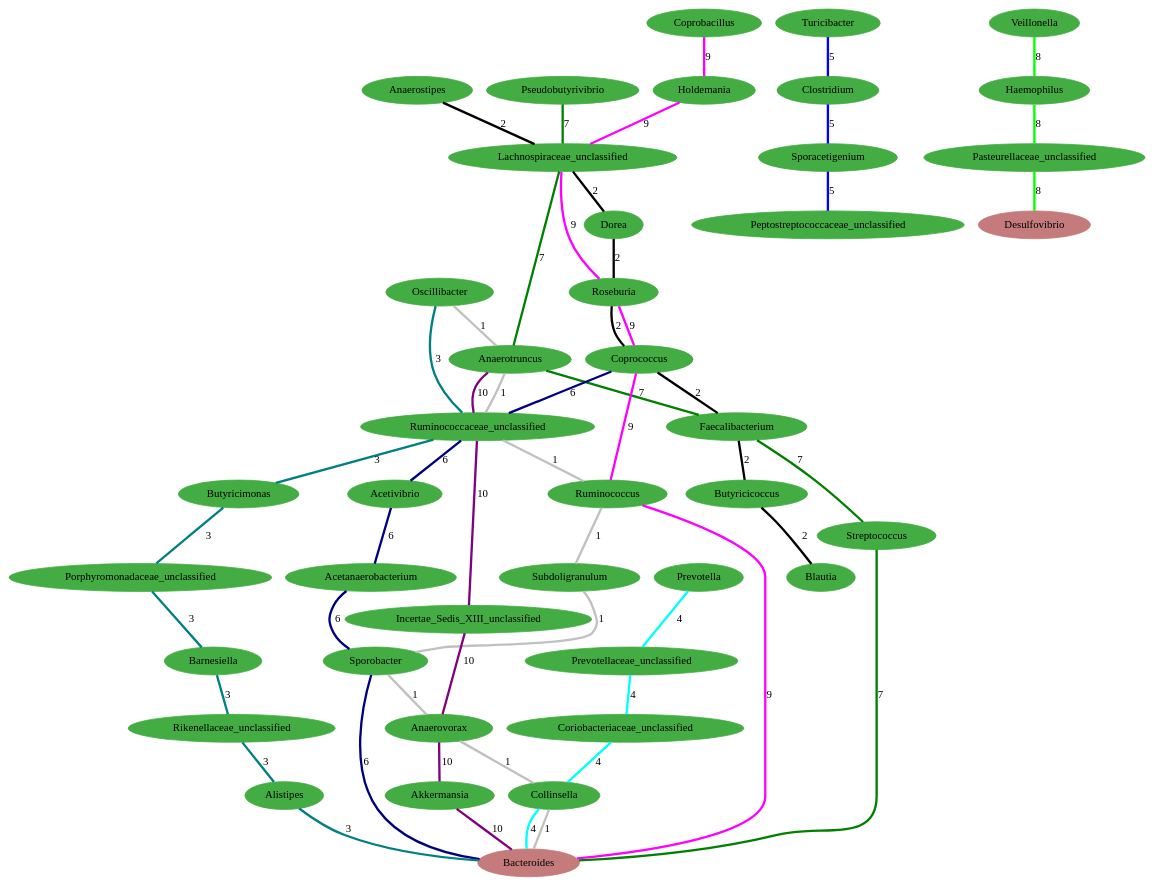
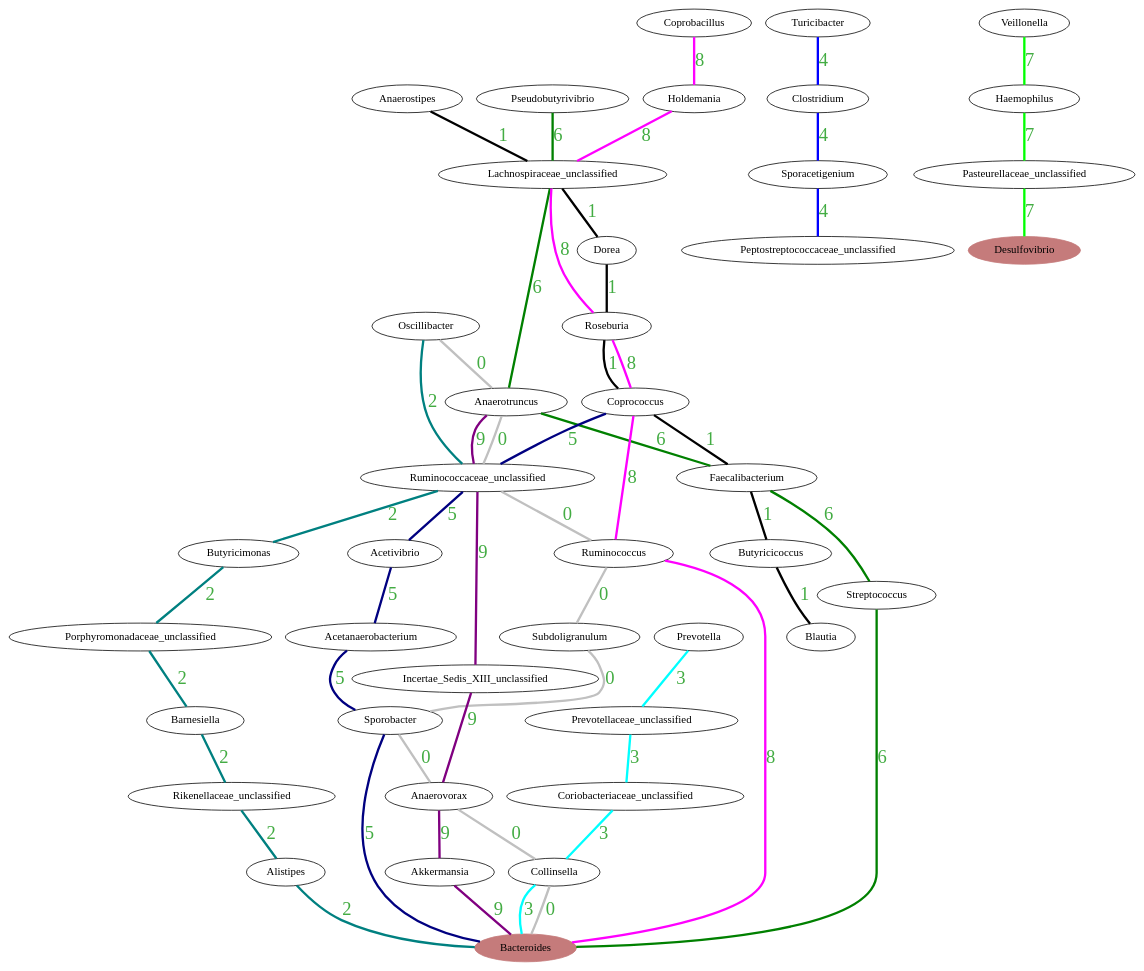
One commit to AndersHqst/thesis changed the diagram in experiments/1/summary.dot. Above: the diagram before and after it, drawn with Graphviz. The commit also changed 9 other files, not shown here.

```diff
--- a/experiments/1/summary.dot
+++ b/experiments/1/summary.dot
@@ -1,95 +1,105 @@
 graph G { 
 
-//Pattern: 0
-Oscillibacter [color="#43AC43", style=filled]
-Anaerotruncus [color="#43AC43", style=filled]
-Ruminococcaceae_unclassified [color="#43AC43", style=filled]
-Ruminococcus [color="#43AC43", style=filled]
-Subdoligranulum [color="#43AC43", style=filled]
-Sporobacter [color="#43AC43", style=filled]
-Anaerovorax [color="#43AC43", style=filled]
-Collinsella [color="#43AC43", style=filled]
-Bacteroides [color="#C57B7B", style=filled]
-edge [color="#c0c0c0", penwidth=3, label="1"]
-Oscillibacter -- Anaerotruncus -- Ruminococcaceae_unclassified -- Ruminococcus -- Subdoligranulum -- Sporobacter -- Anaerovorax -- Collinsella -- Bacteroides
-//Pattern: 1
-Anaerostipes [color="#43AC43", style=filled]
-Lachnospiraceae_unclassified [color="#43AC43", style=filled]
-Dorea [color="#43AC43", style=filled]
-Roseburia [color="#43AC43", style=filled]
-Coprococcus [color="#43AC43", style=filled]
-Faecalibacterium [color="#43AC43", style=filled]
-Butyricicoccus [color="#43AC43", style=filled]
-Blautia [color="#43AC43", style=filled]
-edge [color="#000000", penwidth=3, label="2"]
-Anaerostipes -- Lachnospiraceae_unclassified -- Dorea -- Roseburia -- Coprococcus -- Faecalibacterium -- Butyricicoccus -- Blautia
-//Pattern: 2
-Oscillibacter [color="#43AC43", style=filled]
-Ruminococcaceae_unclassified [color="#43AC43", style=filled]
-Butyricimonas [color="#43AC43", style=filled]
-Porphyromonadaceae_unclassified [color="#43AC43", style=filled]
-Barnesiella [color="#43AC43", style=filled]
-Rikenellaceae_unclassified [color="#43AC43", style=filled]
-Alistipes [color="#43AC43", style=filled]
-Bacteroides [color="#C57B7B", style=filled]
-edge [color="#008080", penwidth=3, label="3"]
-Oscillibacter -- Ruminococcaceae_unclassified -- Butyricimonas -- Porphyromonadaceae_unclassified -- Barnesiella -- Rikenellaceae_unclassified -- Alistipes -- Bacteroides
-//Pattern: 3
-Prevotella [color="#43AC43", style=filled]
-Prevotellaceae_unclassified [color="#43AC43", style=filled]
-Coriobacteriaceae_unclassified [color="#43AC43", style=filled]
-Collinsella [color="#43AC43", style=filled]
-Bacteroides [color="#C57B7B", style=filled]
-edge [color="#00ffff", penwidth=3, label="4"]
-Prevotella -- Prevotellaceae_unclassified -- Coriobacteriaceae_unclassified -- Collinsella -- Bacteroides
-//Pattern: 4
-Turicibacter [color="#43AC43", style=filled]
-Clostridium [color="#43AC43", style=filled]
-Sporacetigenium [color="#43AC43", style=filled]
-Peptostreptococcaceae_unclassified [color="#43AC43", style=filled]
-edge [color="#0000ff", penwidth=3, label="5"]
-Turicibacter -- Clostridium -- Sporacetigenium -- Peptostreptococcaceae_unclassified
-//Pattern: 5
-Coprococcus [color="#43AC43", style=filled]
-Ruminococcaceae_unclassified [color="#43AC43", style=filled]
-Acetivibrio [color="#43AC43", style=filled]
-Acetanaerobacterium [color="#43AC43", style=filled]
-Sporobacter [color="#43AC43", style=filled]
-Bacteroides [color="#C57B7B", style=filled]
-edge [color="#000080", penwidth=3, label="6"]
-Coprococcus -- Ruminococcaceae_unclassified -- Acetivibrio -- Acetanaerobacterium -- Sporobacter -- Bacteroides
-//Pattern: 6
-Pseudobutyrivibrio [color="#43AC43", style=filled]
-Lachnospiraceae_unclassified [color="#43AC43", style=filled]
-Anaerotruncus [color="#43AC43", style=filled]
-Faecalibacterium [color="#43AC43", style=filled]
-Streptococcus [color="#43AC43", style=filled]
-Bacteroides [color="#C57B7B", style=filled]
-edge [color="#008000", penwidth=3, label="7"]
-Pseudobutyrivibrio -- Lachnospiraceae_unclassified -- Anaerotruncus -- Faecalibacterium -- Streptococcus -- Bacteroides
-//Pattern: 7
-Veillonella [color="#43AC43", style=filled]
-Haemophilus [color="#43AC43", style=filled]
-Pasteurellaceae_unclassified [color="#43AC43", style=filled]
-Desulfovibrio [color="#C57B7B", style=filled]
-edge [color="#00ff00", penwidth=3, label="8"]
-Veillonella -- Haemophilus -- Pasteurellaceae_unclassified -- Desulfovibrio
-//Pattern: 8
-Coprobacillus [color="#43AC43", style=filled]
-Holdemania [color="#43AC43", style=filled]
-Lachnospiraceae_unclassified [color="#43AC43", style=filled]
-Roseburia [color="#43AC43", style=filled]
-Coprococcus [color="#43AC43", style=filled]
-Ruminococcus [color="#43AC43", style=filled]
-Bacteroides [color="#C57B7B", style=filled]
-edge [color="#ff00ff", penwidth=3, label="9"]
-Coprobacillus -- Holdemania -- Lachnospiraceae_unclassified -- Roseburia -- Coprococcus -- Ruminococcus -- Bacteroides
-//Pattern: 9
-Anaerotruncus [color="#43AC43", style=filled]
-Ruminococcaceae_unclassified [color="#43AC43", style=filled]
-Incertae_Sedis_XIII_unclassified [color="#43AC43", style=filled]
-Anaerovorax [color="#43AC43", style=filled]
-Akkermansia [color="#43AC43", style=filled]
-Bacteroides [color="#C57B7B", style=filled]
-edge [color="#800080", penwidth=3, label="10"]
-Anaerotruncus -- Ruminococcaceae_unclassified -- Incertae_Sedis_XIII_unclassified -- Anaerovorax -- Akkermansia -- Bacteroides}
+
+	//Pattern: 0
+	Oscillibacter
+	Anaerotruncus
+	Ruminococcaceae_unclassified
+	Ruminococcus
+	Subdoligranulum
+	Sporobacter
+	Anaerovorax
+	Collinsella
+	Bacteroides [color="#C57B7B", style=filled]
+	edge [color="#c0c0c0", penwidth=3, label="0", fontcolor="#43AC43", fontname="Helvetica bold", fontsize=24]
+	Oscillibacter -- Anaerotruncus -- Ruminococcaceae_unclassified -- Ruminococcus -- Subdoligranulum -- Sporobacter -- Anaerovorax -- Collinsella -- Bacteroides
+
+	//Pattern: 1
+	Anaerostipes
+	Lachnospiraceae_unclassified
+	Dorea
+	Roseburia
+	Coprococcus
+	Faecalibacterium
+	Butyricicoccus
+	Blautia
+	edge [color="#000000", penwidth=3, label="1", fontcolor="#43AC43", fontname="Helvetica bold", fontsize=24]
+	Anaerostipes -- Lachnospiraceae_unclassified -- Dorea -- Roseburia -- Coprococcus -- Faecalibacterium -- Butyricicoccus -- Blautia
+
+	//Pattern: 2
+	Oscillibacter
+	Ruminococcaceae_unclassified
+	Butyricimonas
+	Porphyromonadaceae_unclassified
+	Barnesiella
+	Rikenellaceae_unclassified
+	Alistipes
+	Bacteroides [color="#C57B7B", style=filled]
+	edge [color="#008080", penwidth=3, label="2", fontcolor="#43AC43", fontname="Helvetica bold", fontsize=24]
+	Oscillibacter -- Ruminococcaceae_unclassified -- Butyricimonas -- Porphyromonadaceae_unclassified -- Barnesiella -- Rikenellaceae_unclassified -- Alistipes -- Bacteroides
+
+	//Pattern: 3
+	Prevotella
+	Prevotellaceae_unclassified
+	Coriobacteriaceae_unclassified
+	Collinsella
+	Bacteroides [color="#C57B7B", style=filled]
+	edge [color="#00ffff", penwidth=3, label="3", fontcolor="#43AC43", fontname="Helvetica bold", fontsize=24]
+	Prevotella -- Prevotellaceae_unclassified -- Coriobacteriaceae_unclassified -- Collinsella -- Bacteroides
+
+	//Pattern: 4
+	Turicibacter
+	Clostridium
+	Sporacetigenium
+	Peptostreptococcaceae_unclassified
+	edge [color="#0000ff", penwidth=3, label="4", fontcolor="#43AC43", fontname="Helvetica bold", fontsize=24]
+	Turicibacter -- Clostridium -- Sporacetigenium -- Peptostreptococcaceae_unclassified
+
+	//Pattern: 5
+	Coprococcus
+	Ruminococcaceae_unclassified
+	Acetivibrio
+	Acetanaerobacterium
+	Sporobacter
+	Bacteroides [color="#C57B7B", style=filled]
+	edge [color="#000080", penwidth=3, label="5", fontcolor="#43AC43", fontname="Helvetica bold", fontsize=24]
+	Coprococcus -- Ruminococcaceae_unclassified -- Acetivibrio -- Acetanaerobacterium -- Sporobacter -- Bacteroides
+
+	//Pattern: 6
+	Pseudobutyrivibrio
+	Lachnospiraceae_unclassified
+	Anaerotruncus
+	Faecalibacterium
+	Streptococcus
+	Bacteroides [color="#C57B7B", style=filled]
+	edge [color="#008000", penwidth=3, label="6", fontcolor="#43AC43", fontname="Helvetica bold", fontsize=24]
+	Pseudobutyrivibrio -- Lachnospiraceae_unclassified -- Anaerotruncus -- Faecalibacterium -- Streptococcus -- Bacteroides
+
+	//Pattern: 7
+	Veillonella
+	Haemophilus
+	Pasteurellaceae_unclassified
+	Desulfovibrio [color="#C57B7B", style=filled]
+	edge [color="#00ff00", penwidth=3, label="7", fontcolor="#43AC43", fontname="Helvetica bold", fontsize=24]
+	Veillonella -- Haemophilus -- Pasteurellaceae_unclassified -- Desulfovibrio
+
+	//Pattern: 8
+	Coprobacillus
+	Holdemania
+	Lachnospiraceae_unclassified
+	Roseburia
+	Coprococcus
+	Ruminococcus
+	Bacteroides [color="#C57B7B", style=filled]
+	edge [color="#ff00ff", penwidth=3, label="8", fontcolor="#43AC43", fontname="Helvetica bold", fontsize=24]
+	Coprobacillus -- Holdemania -- Lachnospiraceae_unclassified -- Roseburia -- Coprococcus -- Ruminococcus -- Bacteroides
+
+	//Pattern: 9
+	Anaerotruncus
+	Ruminococcaceae_unclassified
+	Incertae_Sedis_XIII_unclassified
+	Anaerovorax
+	Akkermansia
+	Bacteroides [color="#C57B7B", style=filled]
+	edge [color="#800080", penwidth=3, label="9", fontcolor="#43AC43", fontname="Helvetica bold", fontsize=24]
+	Anaerotruncus -- Ruminococcaceae_unclassified -- Incertae_Sedis_XIII_unclassified -- Anaerovorax -- Akkermansia -- Bacteroides}
```
